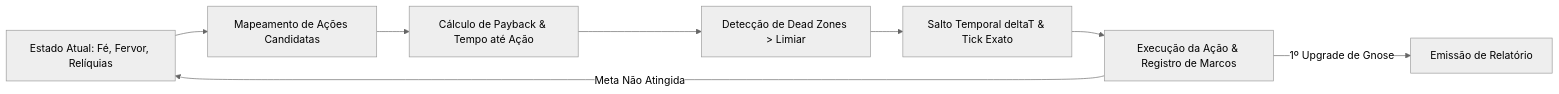
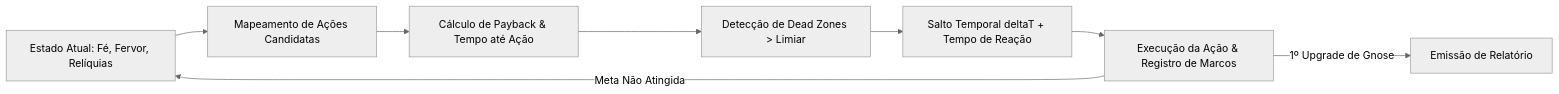
One commit to yuhohah/wmdg changed the diagram in Base/METODOLOGIA_CALCULO_PROGRESSAO.md. Above: the diagram before and after it, drawn with Mermaid (neutral theme). The commit also changed other lines of this file and 1 other file, not shown here.

````diff
--- a/Base/METODOLOGIA_CALCULO_PROGRESSAO.md
+++ b/Base/METODOLOGIA_CALCULO_PROGRESSAO.md
@@ -11,10 +11,10 @@
 ```mermaid
 flowchart LR
     A[Estado Atual: Fé, Fervor, Relíquias] --> B[Mapeamento de Ações Candidatas]
     B --> C[Cálculo de Payback & Tempo até Ação]
     C --> D[Detecção de Dead Zones > Limiar]
-    D --> E[Salto Temporal deltaT & Tick Exato]
+    D --> E[Salto Temporal deltaT + Tempo de Reação]
     E --> F[Execução da Ação & Registro de Marcos]
     F -->|Meta Não Atingida| A
     F -->|1º Upgrade de Gnose| G[Emissão de Relatório]
 ```
````
